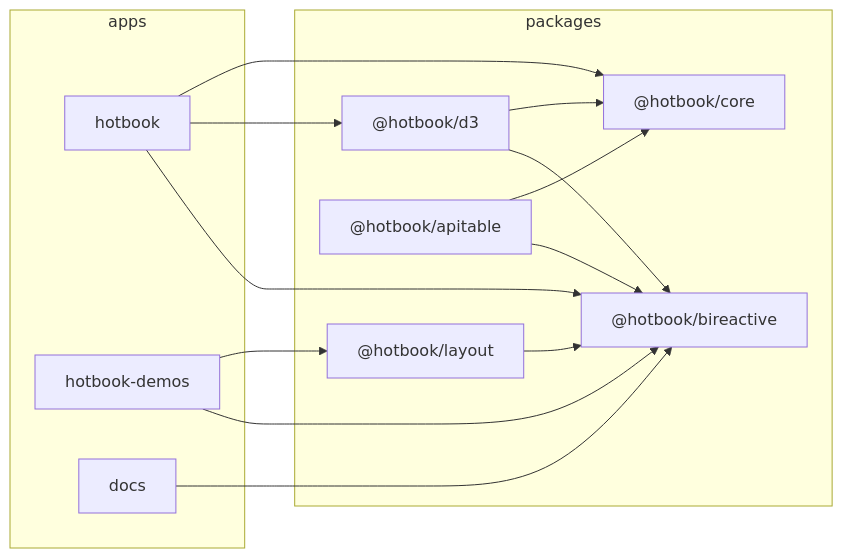
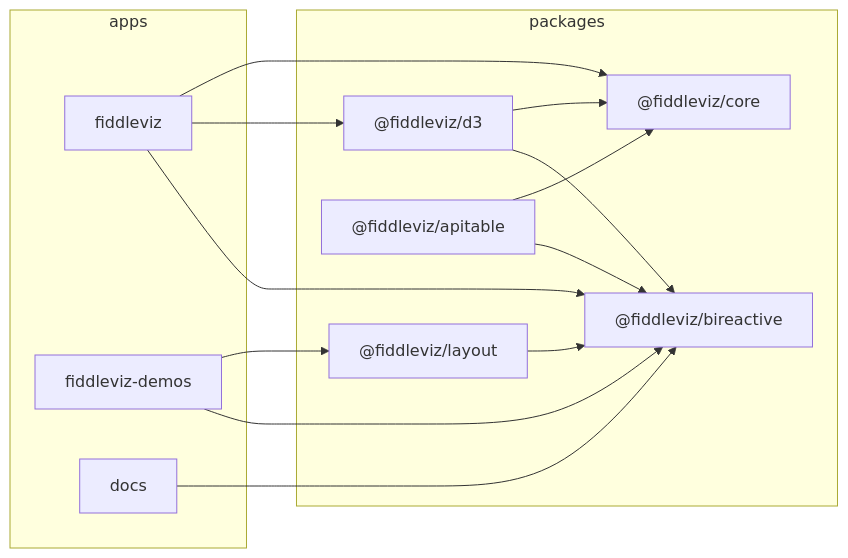
The diagram in README.md (WinstonFassett/hotbook), drawn with Mermaid before and after one commit. The commit also changed other lines of this file and 128 other files, not shown here.

````diff
--- a/README.md
+++ b/README.md
@@ -11,27 +11,27 @@
 ```mermaid
 graph LR
   subgraph packages["packages"]
-    core["@hotbook/core"]
-    bireactive["@hotbook/bireactive"]
-    d3["@hotbook/d3"]
-    layout["@hotbook/layout"]
-    apitable["@hotbook/apitable"]
+    core["@fiddleviz/core"]
+    bireactive["@fiddleviz/bireactive"]
+    d3["@fiddleviz/d3"]
+    layout["@fiddleviz/layout"]
+    apitable["@fiddleviz/apitable"]
   end
   subgraph apps["apps"]
-    hotbook["hotbook"]
-    demos["hotbook-demos"]
+    fiddleviz["fiddleviz"]
+    demos["fiddleviz-demos"]
     docs["docs"]
   end
 
   d3 --> bireactive
   d3 --> core
   layout --> bireactive
   apitable --> bireactive
   apitable --> core
-  hotbook --> bireactive
-  hotbook --> d3
-  hotbook --> core
+  fiddleviz --> bireactive
+  fiddleviz --> d3
+  fiddleviz --> core
   demos --> bireactive
   demos --> layout
   docs --> bireactive
 ```
````
